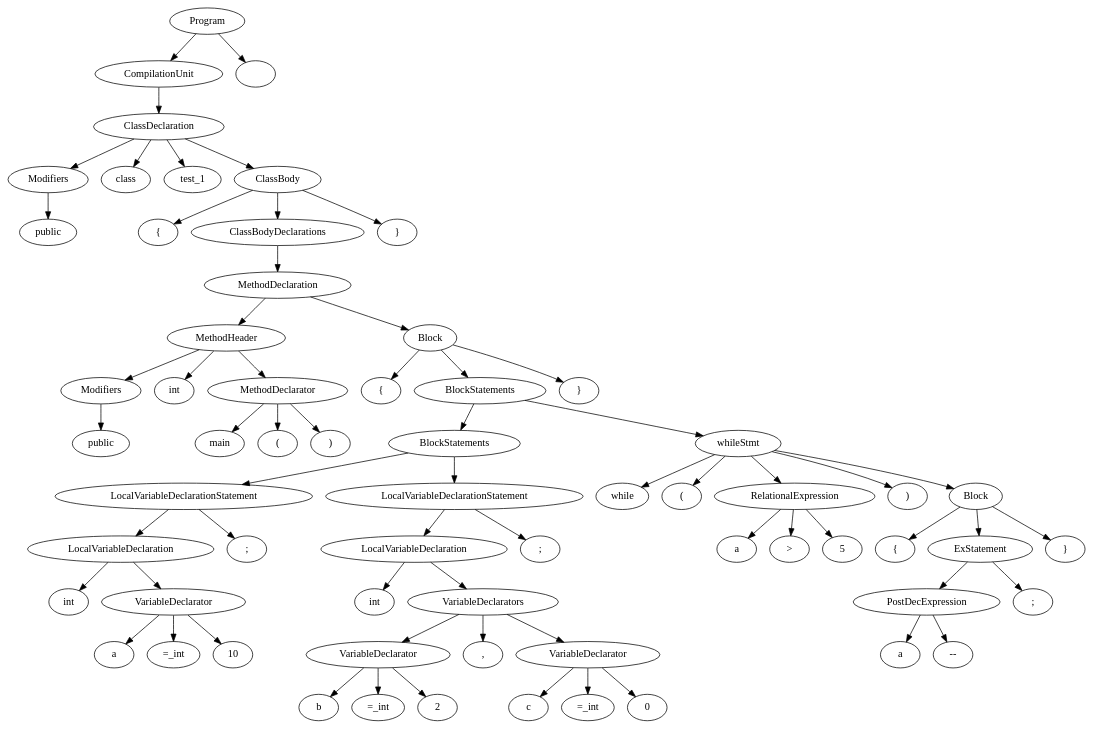
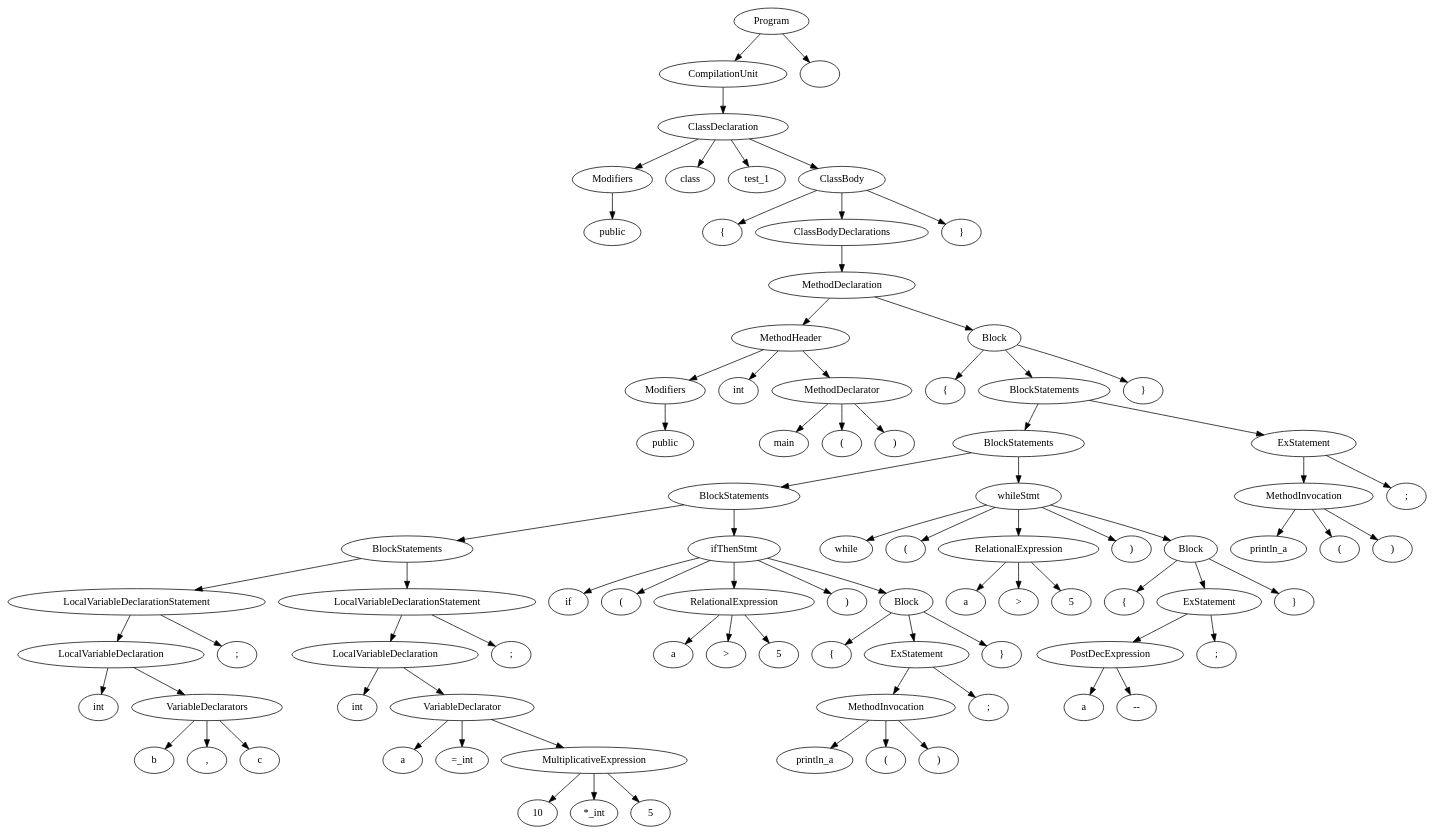
One commit to sandeepb20/Milestone changed the diagram in cs335_project_200530/src/out.dot. Above: the diagram before and after it, drawn with Graphviz. The commit also changed 8 other files, not shown here.

```diff
--- a/cs335_project_200530/src/out.dot
+++ b/cs335_project_200530/src/out.dot
@@ -1,129 +1,173 @@
 digraph G {
 n1 [label="public"]
 n2 [label="Modifiers"]
 n2->n1;
 n3 [label="class"]
 n4 [label="test_1"]
 n5 [label="{"]
 n6 [label="public"]
 n7 [label="Modifiers"]
 n7->n6;
 n8 [label="int"]
 n9 [label="main"]
 n10 [label="("]
 n11 [label=")"]
 n12 [label="MethodDeclarator"]
 n12->n11;
 n12->n10;
 n12->n9;
 n13 [label="MethodHeader"]
 n13->n12;
 n13->n8;
 n13->n7;
 n14 [label="{"]
 n15 [label="int"]
-n16 [label="a"]
-n17 [label="=_int"]
-n18 [label="10"]
-n19 [label="VariableDeclarator"]
+n16 [label="b"]
+n17 [label=","]
+n18 [label="c"]
+n19 [label="VariableDeclarators"]
 n19->n18;
 n19->n17;
 n19->n16;
 n20 [label="LocalVariableDeclaration"]
 n20->n19;
 n20->n15;
 n21 [label=";"]
 n22 [label="LocalVariableDeclarationStatement"]
 n22->n21;
 n22->n20;
 n23 [label="int"]
-n24 [label="b"]
+n24 [label="a"]
 n25 [label="=_int"]
-n26 [label="2"]
-n27 [label="VariableDeclarator"]
-n27->n26;
-n27->n25;
-n27->n24;
-n28 [label=","]
-n29 [label="c"]
-n30 [label="=_int"]
-n31 [label="0"]
-n32 [label="VariableDeclarator"]
-n32->n31;
-n32->n30;
-n32->n29;
-n33 [label="VariableDeclarators"]
+n26 [label="10"]
+n27 [label="*_int"]
+n28 [label="5"]
+n29 [label="MultiplicativeExpression"]
+n29->n28;
+n29->n27;
+n29->n26;
+n30 [label="VariableDeclarator"]
+n30->n29;
+n30->n25;
+n30->n24;
+n31 [label="LocalVariableDeclaration"]
+n31->n30;
+n31->n23;
+n32 [label=";"]
+n33 [label="LocalVariableDeclarationStatement"]
 n33->n32;
-n33->n28;
-n33->n27;
-n34 [label="LocalVariableDeclaration"]
+n33->n31;
+n34 [label="BlockStatements"]
 n34->n33;
-n34->n23;
-n35 [label=";"]
-n36 [label="LocalVariableDeclarationStatement"]
-n36->n35;
-n36->n34;
-n37 [label="BlockStatements"]
-n37->n36;
-n37->n22;
-n38 [label="while"]
-n39 [label="("]
-n40 [label="a"]
-n41 [label=">"]
-n42 [label="5"]
-n43 [label="RelationalExpression"]
-n43->n42;
-n43->n41;
-n43->n40;
-n44 [label=")"]
-n45 [label="{"]
-n46 [label="a"]
-n47 [label="--"]
-n48 [label="PostDecExpression"]
+n34->n22;
+n35 [label="if"]
+n36 [label="("]
+n37 [label="a"]
+n38 [label=">"]
+n39 [label="5"]
+n40 [label="RelationalExpression"]
+n40->n39;
+n40->n38;
+n40->n37;
+n41 [label=")"]
+n42 [label="{"]
+n43 [label="println_a"]
+n44 [label="("]
+n45 [label=")"]
+n46 [label="MethodInvocation"]
+n46->n45;
+n46->n44;
+n46->n43;
+n47 [label=";"]
+n48 [label="ExStatement"]
 n48->n47;
 n48->n46;
-n49 [label=";"]
-n50 [label="ExStatement"]
+n49 [label="}"]
+n50 [label="Block"]
 n50->n49;
 n50->n48;
-n51 [label="}"]
-n52 [label="Block"]
+n50->n42;
+n51 [label="ifThenStmt"]
+n51->n50;
+n51->n41;
+n51->n40;
+n51->n36;
+n51->n35;
+n52 [label="BlockStatements"]
 n52->n51;
-n52->n50;
-n52->n45;
-n53 [label="whileStmt"]
-n53->n52;
-n53->n44;
-n53->n43;
-n53->n39;
-n53->n38;
-n54 [label="BlockStatements"]
-n54->n53;
-n54->n37;
-n55 [label="}"]
-n56 [label="Block"]
-n56->n55;
-n56->n54;
-n56->n14;
-n57 [label="MethodDeclaration"]
-n57->n56;
-n57->n13;
-n58 [label="ClassBodyDeclarations"]
+n52->n34;
+n53 [label="while"]
+n54 [label="("]
+n55 [label="a"]
+n56 [label=">"]
+n57 [label="5"]
+n58 [label="RelationalExpression"]
 n58->n57;
-n59 [label="}"]
-n60 [label="ClassBody"]
-n60->n59;
-n60->n58;
-n60->n5;
-n61 [label="ClassDeclaration"]
-n61->n60;
-n61->n4;
-n61->n3;
-n61->n2;
-n62 [label="CompilationUnit"]
-n62->n61;
-n63 [label="Program"]
-n63->n64;
+n58->n56;
+n58->n55;
+n59 [label=")"]
+n60 [label="{"]
+n61 [label="a"]
+n62 [label="--"]
+n63 [label="PostDecExpression"]
 n63->n62;
-n64 [label=""]
+n63->n61;
+n64 [label=";"]
+n65 [label="ExStatement"]
+n65->n64;
+n65->n63;
+n66 [label="}"]
+n67 [label="Block"]
+n67->n66;
+n67->n65;
+n67->n60;
+n68 [label="whileStmt"]
+n68->n67;
+n68->n59;
+n68->n58;
+n68->n54;
+n68->n53;
+n69 [label="BlockStatements"]
+n69->n68;
+n69->n52;
+n70 [label="println_a"]
+n71 [label="("]
+n72 [label=")"]
+n73 [label="MethodInvocation"]
+n73->n72;
+n73->n71;
+n73->n70;
+n74 [label=";"]
+n75 [label="ExStatement"]
+n75->n74;
+n75->n73;
+n76 [label="BlockStatements"]
+n76->n75;
+n76->n69;
+n77 [label="}"]
+n78 [label="Block"]
+n78->n77;
+n78->n76;
+n78->n14;
+n79 [label="MethodDeclaration"]
+n79->n78;
+n79->n13;
+n80 [label="ClassBodyDeclarations"]
+n80->n79;
+n81 [label="}"]
+n82 [label="ClassBody"]
+n82->n81;
+n82->n80;
+n82->n5;
+n83 [label="ClassDeclaration"]
+n83->n82;
+n83->n4;
+n83->n3;
+n83->n2;
+n84 [label="CompilationUnit"]
+n84->n83;
+n85 [label="Program"]
+n85->n86;
+n85->n84;
+n86 [label=""]
 }
```
